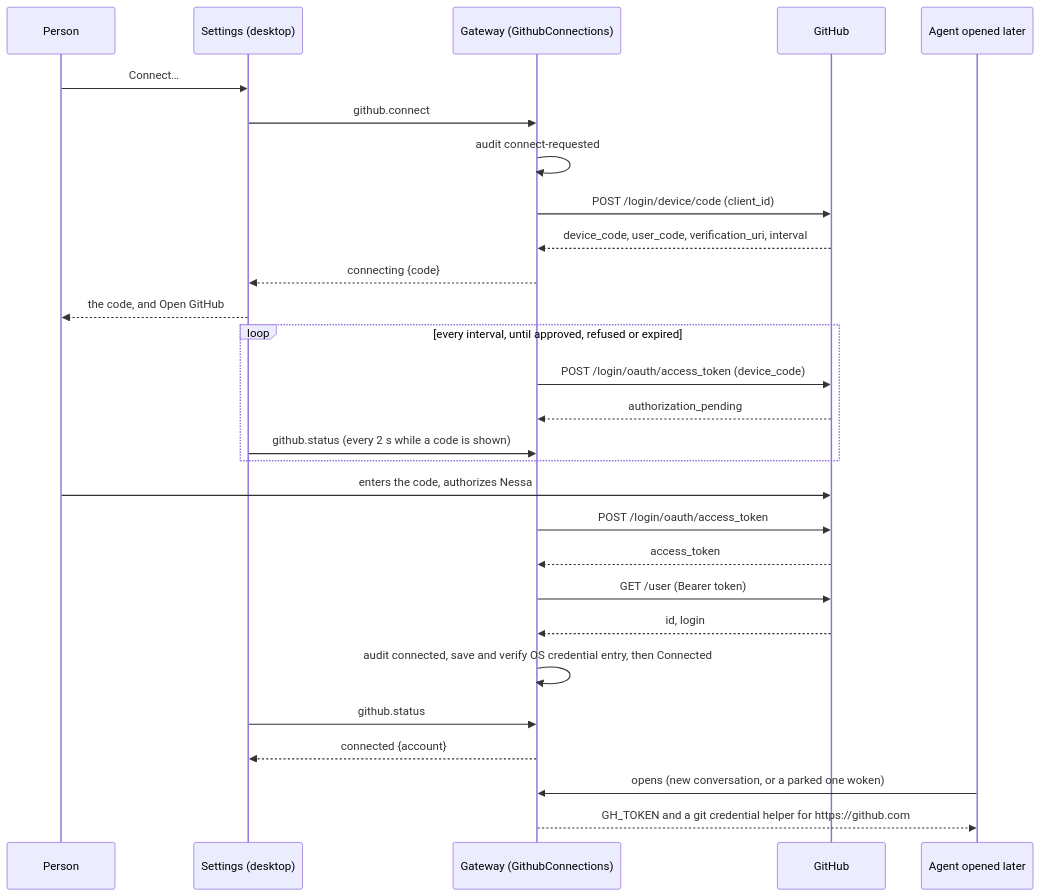
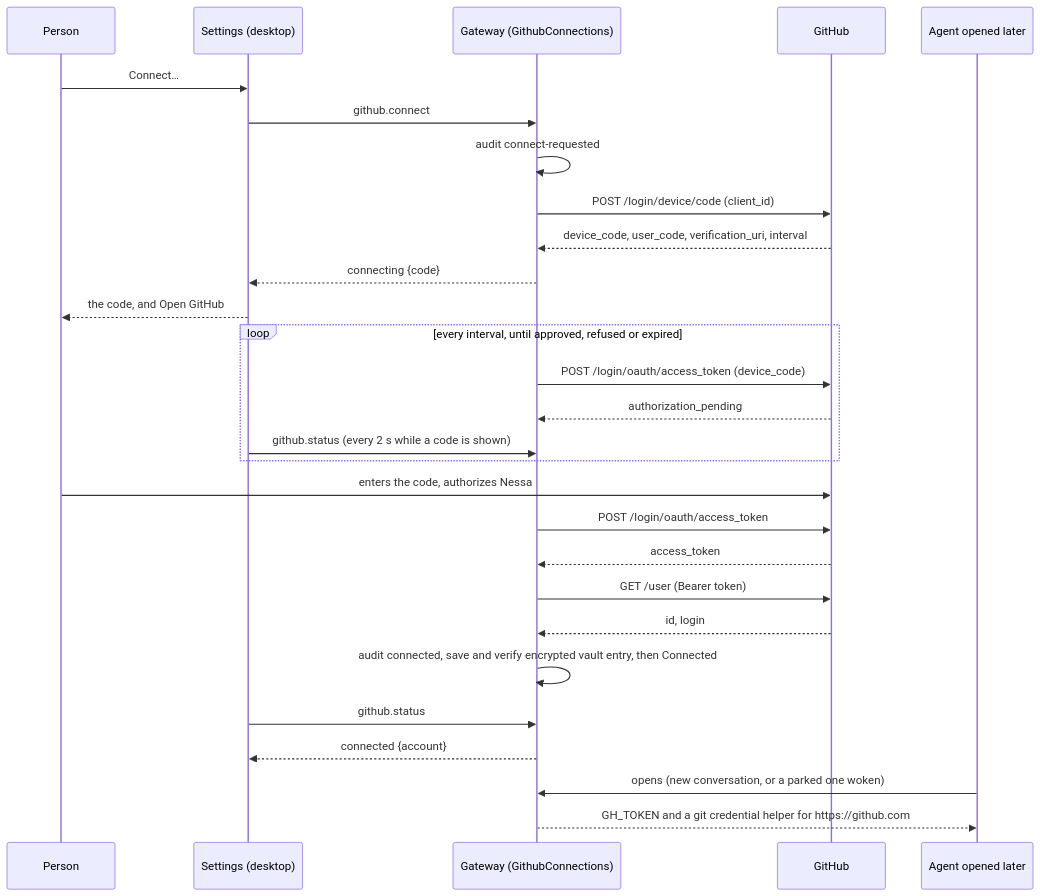
One commit to nessalabs/nessa-agent changed the diagram in docs/design/github-connect.md. Above: the diagram before and after it, drawn with Mermaid. The commit also changed other lines of this file and 3 other files, not shown here.

````diff
--- a/docs/design/github-connect.md
+++ b/docs/design/github-connect.md
@@ -27,30 +27,30 @@
 ```mermaid
 sequenceDiagram
     participant P as Person
     participant S as Settings (desktop)
     participant G as Gateway (GithubConnections)
     participant H as GitHub
     participant A as Agent opened later
     P->>S: Connect…
     S->>G: github.connect
     G->>G: audit connect-requested
     G->>H: POST /login/device/code (client_id)
     H-->>G: device_code, user_code, verification_uri, interval
     G-->>S: connecting {code}
     S-->>P: the code, and Open GitHub
     loop every interval, until approved, refused or expired
         G->>H: POST /login/oauth/access_token (device_code)
         H-->>G: authorization_pending
         S->>G: github.status (every 2 s while a code is shown)
     end
     P->>H: enters the code, authorizes Nessa
     G->>H: POST /login/oauth/access_token
     H-->>G: access_token
     G->>H: GET /user (Bearer token)
     H-->>G: id, login
-    G->>G: audit connected, save and verify OS credential entry, then Connected
+    G->>G: audit connected, save and verify encrypted vault entry, then Connected
     S->>G: github.status
     G-->>S: connected {account}
     A->>G: opens (new conversation, or a parked one woken)
     G-->>A: GH_TOKEN and a git credential helper for https://github.com
 ```
````
